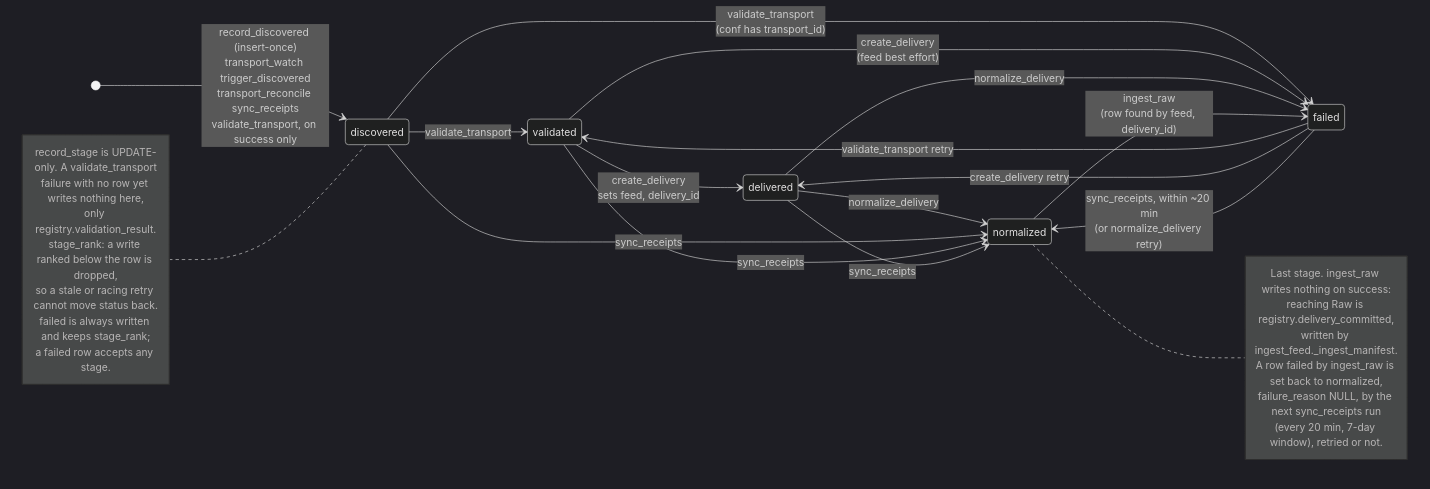
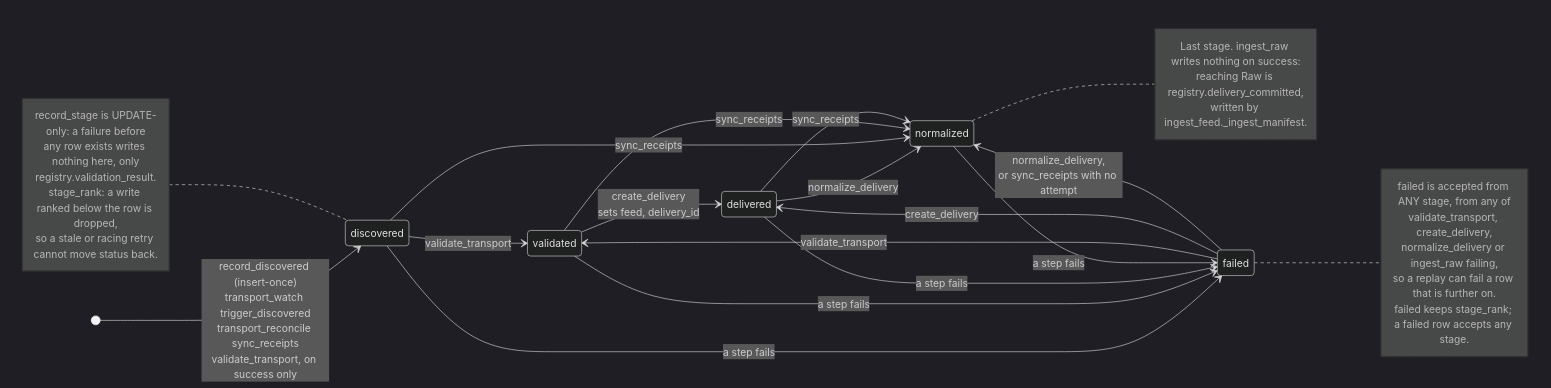
One commit to RichardFellows/reporting-platform-local changed the second of 2 diagrams in docs/OPERATIONAL-CONTROL-PLANE.md. Above: the diagram before and after it, drawn with Mermaid (dark theme). The commit also changed other lines of this file and 2 other files, not shown here.

````diff
--- a/docs/OPERATIONAL-CONTROL-PLANE.md
+++ b/docs/OPERATIONAL-CONTROL-PLANE.md
@@ -199,35 +206,37 @@
 ```mermaid
 stateDiagram-v2
     direction LR
     [*] --> discovered: record_discovered (insert-once)<br/>transport_watch trigger_discovered<br/>transport_reconcile sync_receipts<br/>validate_transport, on success only
     discovered --> validated: validate_transport
     validated --> delivered: create_delivery<br/>sets feed, delivery_id
     delivered --> normalized: normalize_delivery
     discovered --> normalized: sync_receipts
     validated --> normalized: sync_receipts
     delivered --> normalized: sync_receipts
-    discovered --> failed: validate_transport<br/>(conf has transport_id)
-    validated --> failed: create_delivery<br/>(feed best effort)
-    delivered --> failed: normalize_delivery
-    normalized --> failed: ingest_raw<br/>(row found by feed, delivery_id)
-    failed --> validated: validate_transport retry
-    failed --> delivered: create_delivery retry
-    failed --> normalized: sync_receipts, within ~20 min<br/>(or normalize_delivery retry)
+    discovered --> failed: a step fails
+    validated --> failed: a step fails
+    delivered --> failed: a step fails
+    normalized --> failed: a step fails
+    failed --> validated: validate_transport
+    failed --> delivered: create_delivery
+    failed --> normalized: normalize_delivery,<br/>or sync_receipts with no attempt
+    note right of failed
+        failed is accepted from ANY stage, from any of
+        validate_transport, create_delivery,
+        normalize_delivery or ingest_raw failing,
+        so a replay can fail a row that is further on.
+        failed keeps stage_rank; a failed row accepts any stage.
+    end note
     note right of normalized
         Last stage. ingest_raw writes nothing on success:
         reaching Raw is registry.delivery_committed,
         written by ingest_feed._ingest_manifest.
-        A row failed by ingest_raw is set back to normalized,
-        failure_reason NULL, by the next sync_receipts run
-        (every 20 min, 7-day window), retried or not.
     end note
     note left of discovered
-        record_stage is UPDATE-only. A validate_transport
-        failure with no row yet writes nothing here,
-        only registry.validation_result.
+        record_stage is UPDATE-only: a failure before
+        any row exists writes nothing here, only
+        registry.validation_result.
         stage_rank: a write ranked below the row is dropped,
         so a stale or racing retry cannot move status back.
-        failed is always written and keeps stage_rank;
-        a failed row accepts any stage.
     end note
 ```
````
